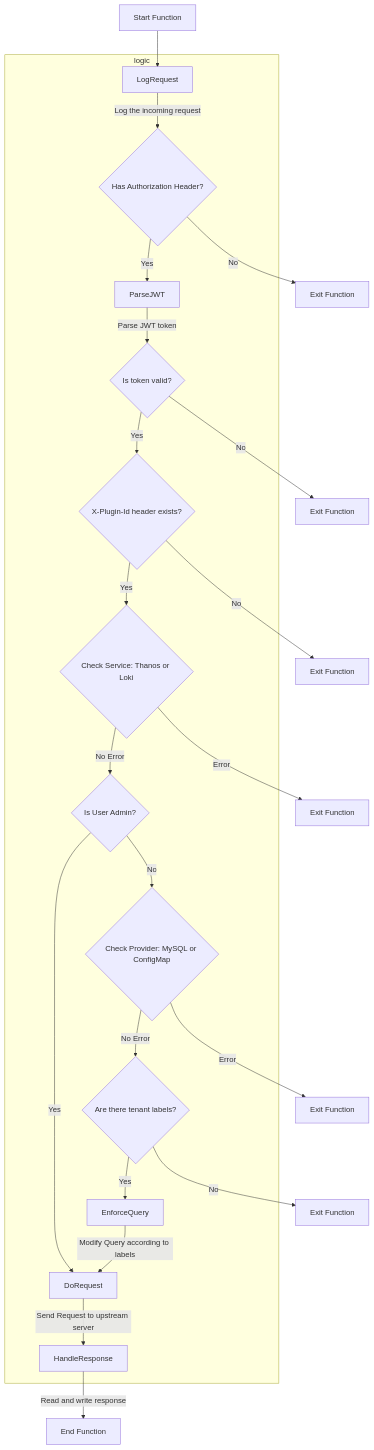
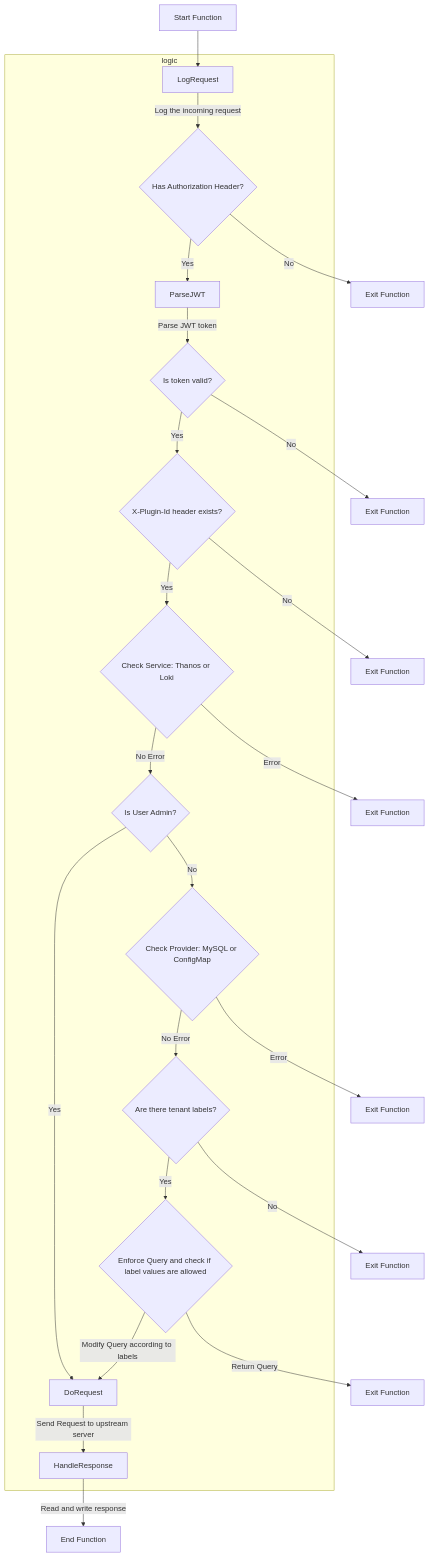
The third of 3 diagrams in README.MD (gepaplexx/multena-proxy), drawn with Mermaid before and after one commit. The commit also changed other lines of this file, not shown here.

````diff
--- a/README.MD
+++ b/README.MD
@@ -88,39 +96,40 @@
 ```mermaid
 flowchart TB
     Start[Start Function] --> LogRequest
     LogRequest -- Log the incoming request --> CheckAuth
     CheckAuth{Has Authorization Header?} -- No --> Exit1[Exit Function]
     CheckAuth -- Yes --> ParseJWT
     ParseJWT -- Parse JWT token --> CheckTokenValidity
     CheckTokenValidity{Is token valid?} -- No --> Exit2[Exit Function]
     CheckTokenValidity -- Yes --> CheckPluginId
     CheckPluginId{X-Plugin-Id header exists?} -- No --> Exit3[Exit Function]
     CheckPluginId -- Yes --> CheckService
     CheckService{Check Service: Thanos or Loki} -- Error --> Exit4[Exit Function]
     CheckService -- No Error --> CheckAdmin
     CheckAdmin{Is User Admin?} -- Yes --> DoRequest
     CheckAdmin -- No --> CheckProvider
     CheckProvider{Check Provider: MySQL or ConfigMap} -- Error --> Exit5[Exit Function]
     CheckProvider -- No Error --> CheckTenantLabels
     CheckTenantLabels{Are there tenant labels?} -- No --> Exit6[Exit Function]
     CheckTenantLabels -- Yes --> EnforceQuery
-    EnforceQuery -- Modify Query according to labels --> DoRequest
+    EnforceQuery{Enforce Query and check if label values are allowed} -- Modify Query according to labels --> DoRequest
+    EnforceQuery -- Return Query --> Exit7[Exit Function]
     DoRequest -- Send Request to upstream server --> HandleResponse
     HandleResponse -- Read and write response --> End[End Function]
 
     subgraph logic
         LogRequest
         CheckAuth
         ParseJWT
         CheckTokenValidity
         CheckPluginId
         CheckService
         CheckAdmin
         CheckProvider
         CheckTenantLabels
         EnforceQuery
         DoRequest
         HandleResponse
     end
 
 ```
````
